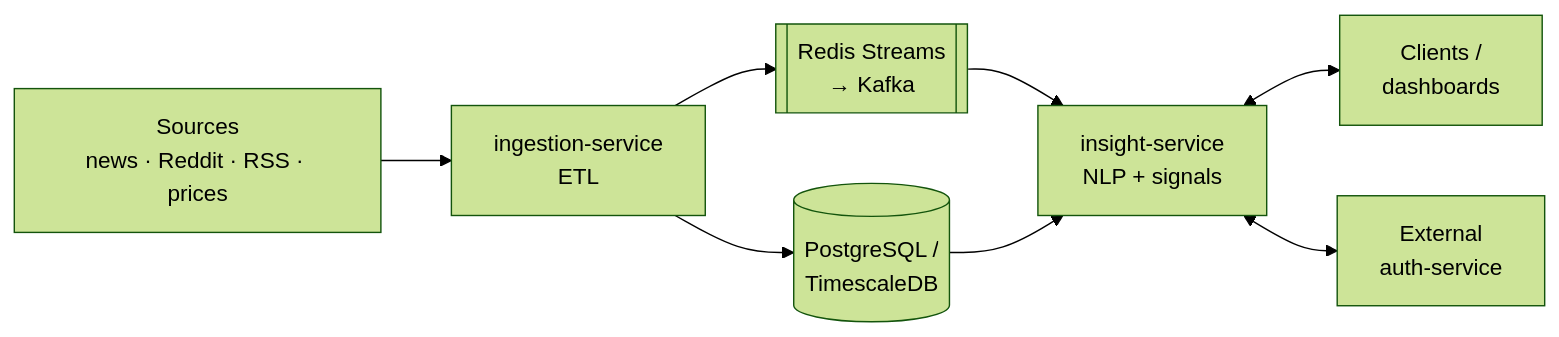
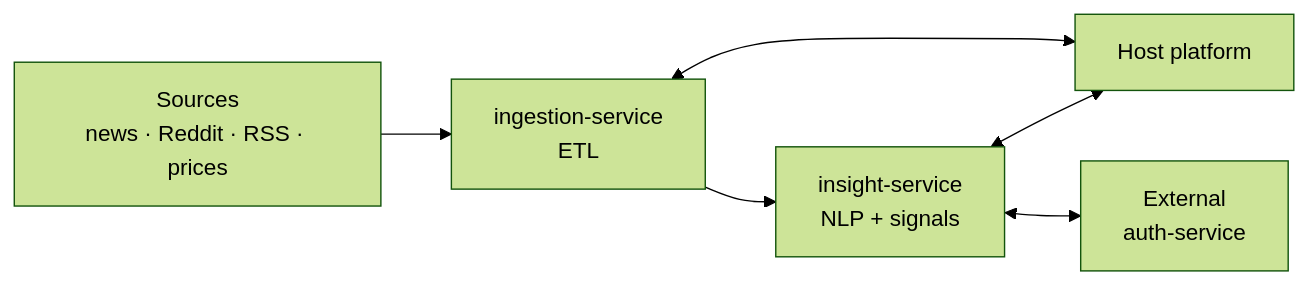
Before and after one commit to rayenamer/SentAnalysis: the first of 2 diagrams in README.md, drawn with Mermaid (forest theme). The commit also changed other lines of this file, not shown here.

````diff
--- a/README.md
+++ b/README.md
@@ -29,10 +36,8 @@
 ```mermaid
 flowchart LR
     SRC["Sources<br/>news · Reddit · RSS · prices"] --> ING["ingestion-service<br/>ETL"]
-    ING --> DB[("PostgreSQL /<br/>TimescaleDB")]
-    ING --> Q[["Redis Streams<br/>→ Kafka"]]
-    Q --> INS["insight-service<br/>NLP + signals"]
-    DB --> INS
-    INS <--> CLI["Clients /<br/>dashboards"]
+    ING --> INS["insight-service<br/>NLP + signals"]
+    INS <--> HOST["Host platform"]
+    ING <--> HOST
     INS <--> AUTH["External<br/>auth-service"]
 ```
````
